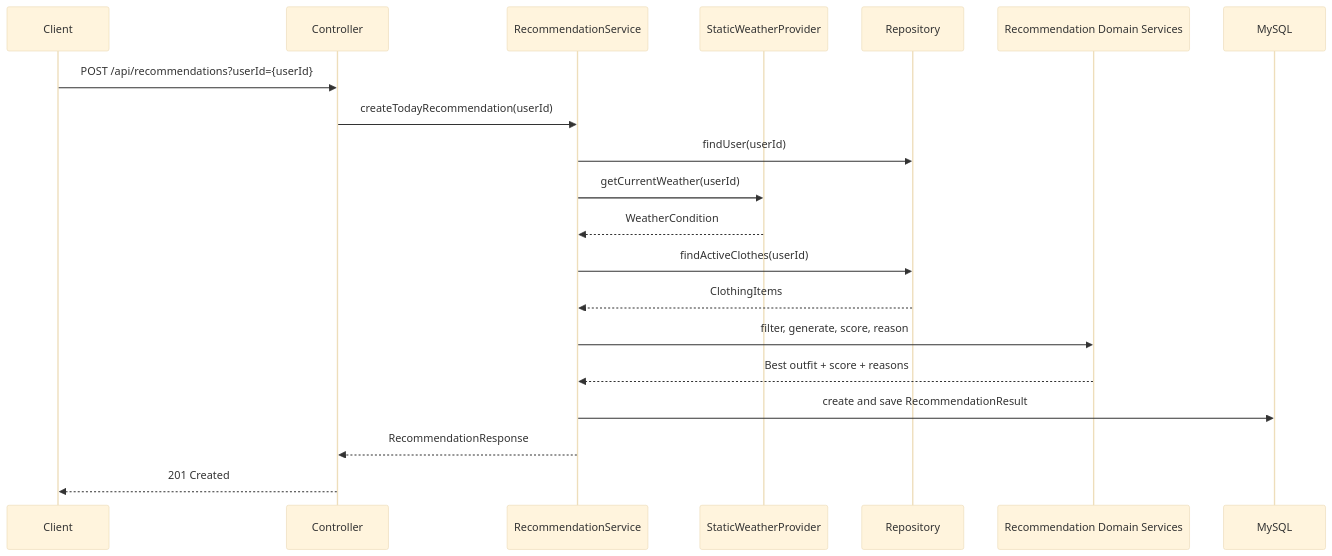
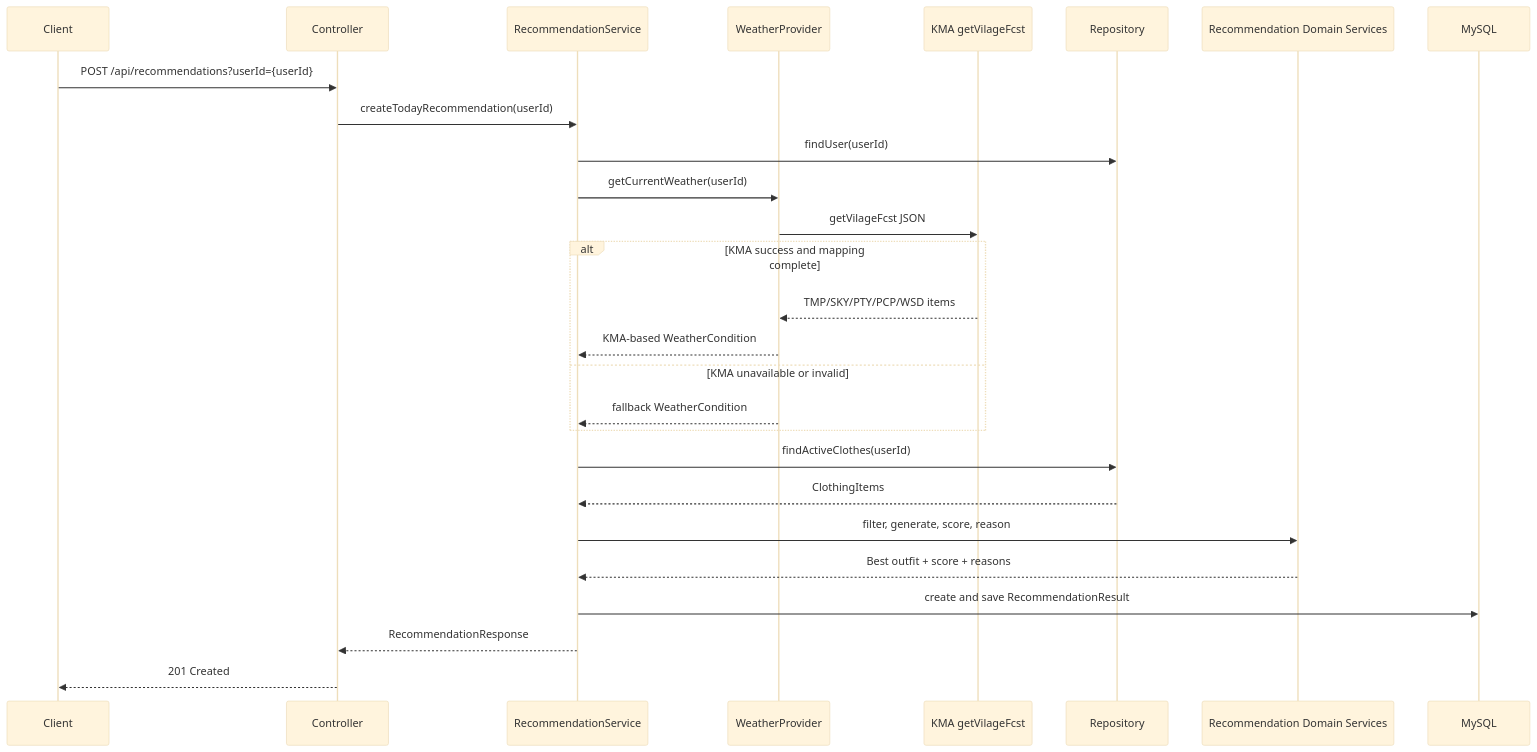
One commit to vanilalatte03/SmartCloset-v2 changed the second of 2 diagrams in docs/ARCHITECTURE.md. Above: the diagram before and after it, drawn with Mermaid (base theme). The commit also changed other lines of this file and 40 other files, not shown here.

````diff
--- a/docs/ARCHITECTURE.md
+++ b/docs/ARCHITECTURE.md
@@ -168,23 +293,30 @@
 ```mermaid
 sequenceDiagram
   participant Client
   participant Controller
   participant Service as RecommendationService
-  participant Weather as StaticWeatherProvider
+  participant Weather as WeatherProvider
+  participant KMA as KMA getVilageFcst
   participant Repo as Repository
   participant Domain as Recommendation Domain Services
   participant DB as MySQL
 
   Client->>Controller: POST /api/recommendations?userId={userId}
   Controller->>Service: createTodayRecommendation(userId)
   Service->>Repo: findUser(userId)
   Service->>Weather: getCurrentWeather(userId)
-  Weather-->>Service: WeatherCondition
+  Weather->>KMA: getVilageFcst JSON
+  alt KMA success and mapping complete
+    KMA-->>Weather: TMP/SKY/PTY/PCP/WSD items
+    Weather-->>Service: KMA-based WeatherCondition
+  else KMA unavailable or invalid
+    Weather-->>Service: fallback WeatherCondition
+  end
   Service->>Repo: findActiveClothes(userId)
   Repo-->>Service: ClothingItems
   Service->>Domain: filter, generate, score, reason
   Domain-->>Service: Best outfit + score + reasons
   Service->>DB: create and save RecommendationResult
   Service-->>Controller: RecommendationResponse
   Controller-->>Client: 201 Created
 ```
````
